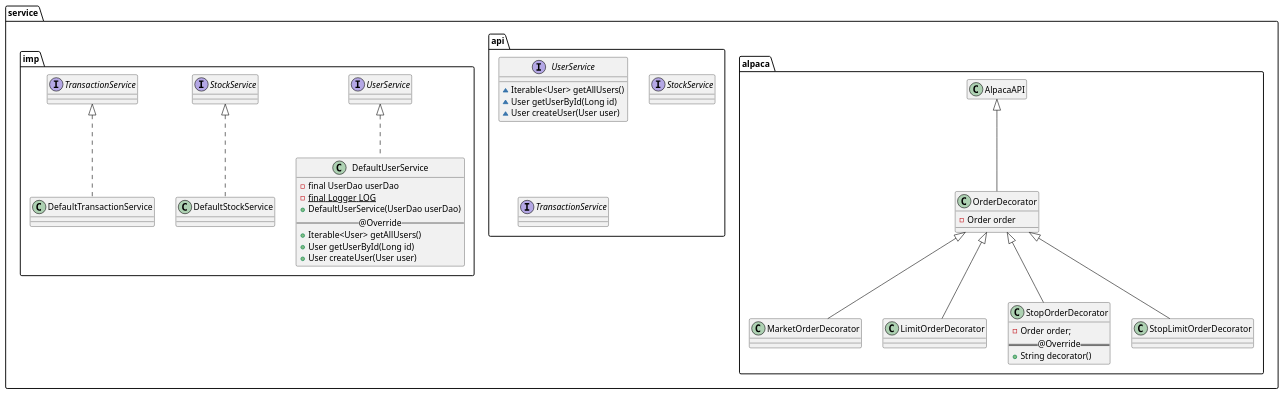
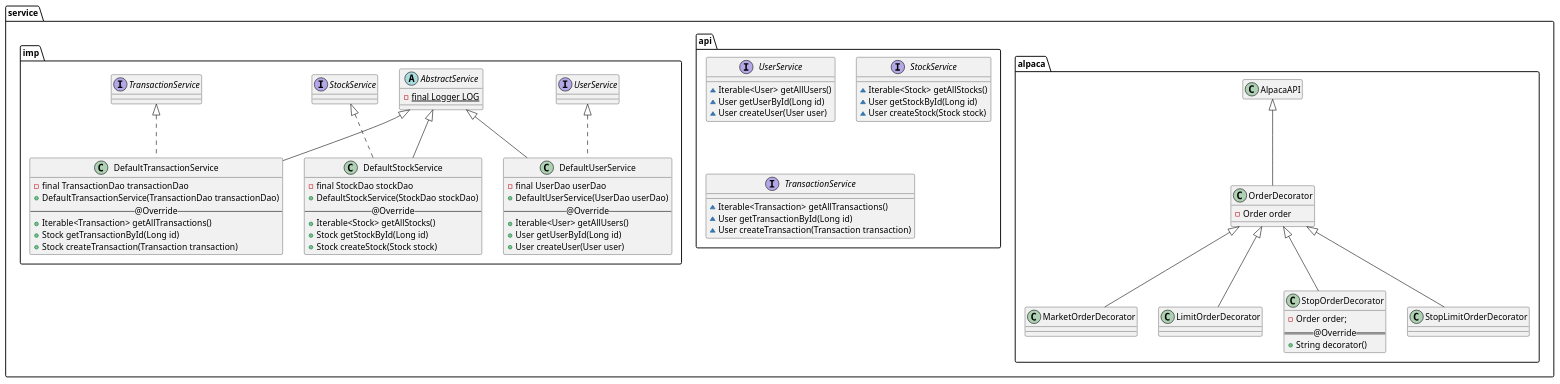
One commit to DPigeon/Money-Tree changed the diagram in backend/diagram/class/ServicePackage.puml. Above: the diagram before and after it, drawn with PlantUML. The commit also changed 4 other files, not shown here.

```diff
--- a/backend/diagram/class/ServicePackage.puml
+++ b/backend/diagram/class/ServicePackage.puml
@@ -1,70 +1,87 @@
 @startuml
 
 package service {
 
     package alpaca {
         class AlpacaAPI
         hide AlpacaAPI methods
         hide AlpacaAPI fields
 
         class OrderDecorator extends AlpacaAPI {
             -Order order
         }
 
         class MarketOrderDecorator extends OrderDecorator {
 
         }
 
         class LimitOrderDecorator extends OrderDecorator {
 
         }
 
         class StopOrderDecorator extends OrderDecorator {
             -Order order;
             == @Override ==
             +String decorator()
         }
 
         class StopLimitOrderDecorator extends OrderDecorator {
 
         }
     }
 
     package api {
         interface UserService {
             ~Iterable<User> getAllUsers()
             ~User getUserById(Long id)
             ~User createUser(User user)
         }
 
         interface StockService {
-
+            ~Iterable<Stock> getAllStocks()
+            ~User getStockById(Long id)
+            ~User createStock(Stock stock)
         }
 
         interface TransactionService {
-
+            ~Iterable<Transaction> getAllTransactions()
+            ~User getTransactionById(Long id)
+            ~User createTransaction(Transaction transaction)
         }
     }
 
     package imp {
-        class DefaultUserService implements UserService {
+        abstract class AbstractService {
+            -{static} final Logger LOG
+        }
+
+        class DefaultUserService extends AbstractService implements UserService {
             -final UserDao userDao
-            -{static} final Logger LOG
             +DefaultUserService(UserDao userDao)
             -- @Override --
             +Iterable<User> getAllUsers()
             +User getUserById(Long id)
             +User createUser(User user)
         }
 
-        class DefaultStockService implements StockService {
-
+        class DefaultStockService extends AbstractService implements StockService {
+            -final StockDao stockDao
+            +DefaultStockService(StockDao stockDao)
+            -- @Override --
+            +Iterable<Stock> getAllStocks()
+            +Stock getStockById(Long id)
+            +Stock createStock(Stock stock)
         }
 
-        class DefaultTransactionService implements TransactionService {
-
+        class DefaultTransactionService extends AbstractService implements TransactionService {
+            -final TransactionDao transactionDao
+            +DefaultTransactionService(TransactionDao transactionDao)
+            -- @Override --
+            +Iterable<Transaction> getAllTransactions()
+            +Stock getTransactionById(Long id)
+            +Stock createTransaction(Transaction transaction)
         }
     }
 }
 
 @enduml
```
